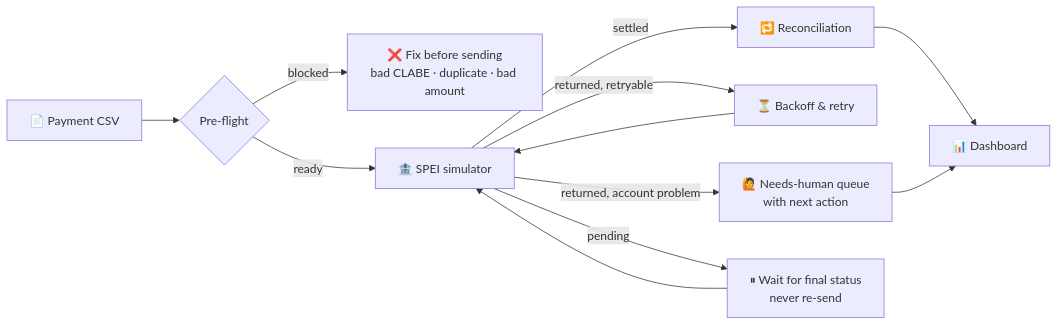
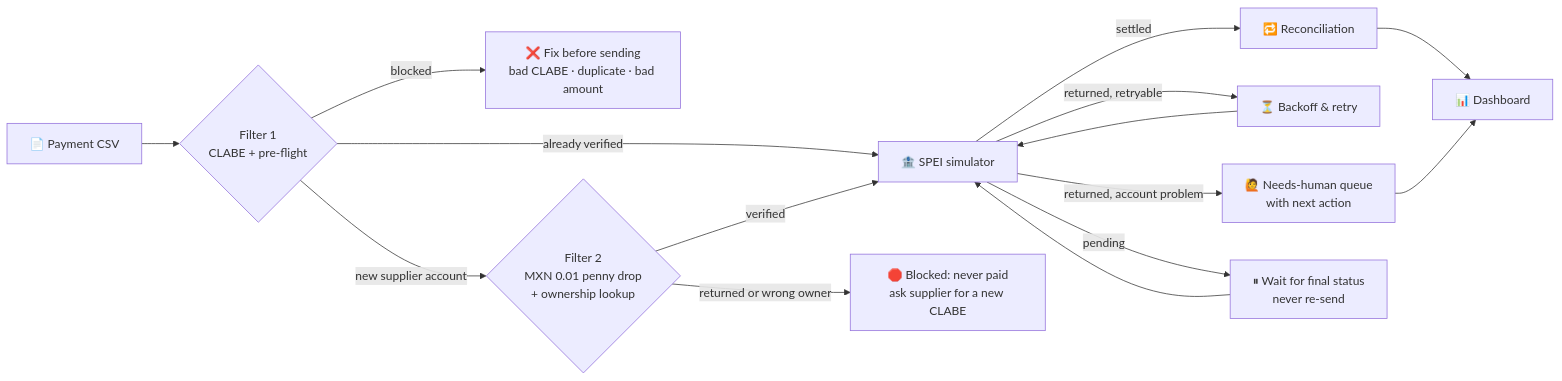
Before and after one commit to manuel-lomelin/mx-payments-ops-lab: the first of 3 diagrams in README.md, drawn with Mermaid. The commit also changed other lines of this file and 6 other files, not shown here.

Commit message:
docs: document two-filter account validation (ADR 0005) and new demo numbers

````diff
--- a/README.md
+++ b/README.md
@@ -47,14 +47,17 @@
 ```mermaid
 flowchart LR
-    A[📄 Payment CSV] --> B{Pre-flight}
+    A[📄 Payment CSV] --> B{Filter 1<br/>CLABE + pre-flight}
     B -- blocked --> X[❌ Fix before sending<br/>bad CLABE · duplicate · bad amount]
-    B -- ready --> C[🏦 SPEI simulator]
+    B -- new supplier account --> V{Filter 2<br/>MXN 0.01 penny drop<br/>+ ownership lookup}
+    B -- already verified --> C
+    V -- returned or wrong owner --> Y[🛑 Blocked: never paid<br/>ask supplier for a new CLABE]
+    V -- verified --> C[🏦 SPEI simulator]
     C -- settled --> R[🔁 Reconciliation]
     C -- returned, retryable --> D[⏳ Backoff & retry]
     D --> C
     C -- returned, account problem --> H[🙋 Needs-human queue<br/>with next action]
     C -- pending --> W[⏸ Wait for final status<br/>never re-send]
     W --> C
     R --> M[📊 Dashboard]
     H --> M
 ```
````
